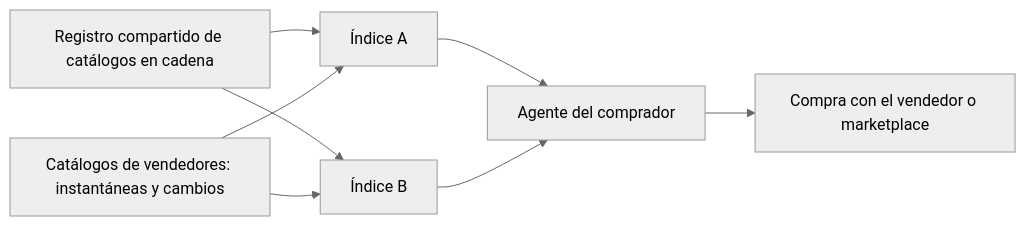
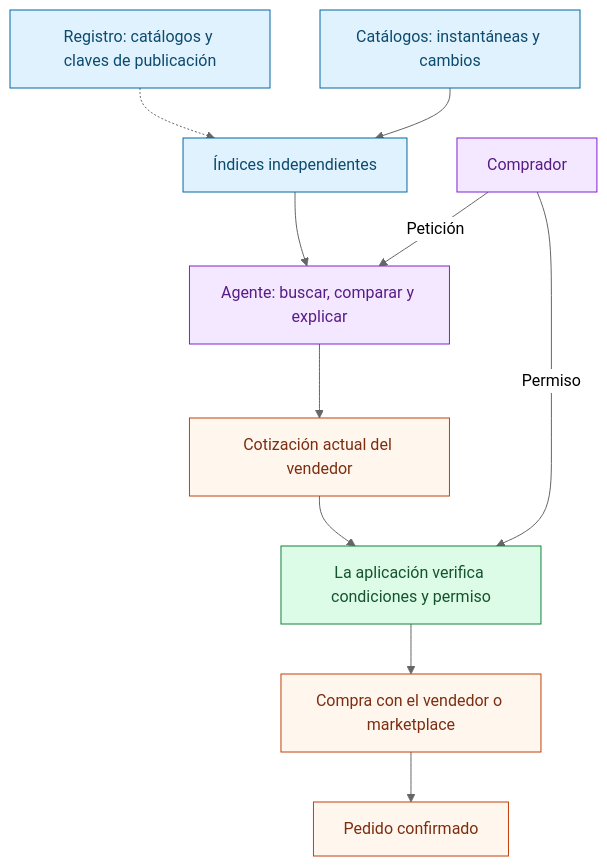
One commit to famfamfam/agent-market-protocol changed the diagram in README.es.md. Above: the diagram before and after it, drawn with Mermaid (neutral theme). The commit also changed other lines of this file and 9 other files, not shown here.

````diff
--- a/README.es.md
+++ b/README.es.md
@@ -50,10 +54,20 @@
 ```mermaid
-flowchart LR
-    R[Registro compartido de catálogos en cadena] --> I[Índice A]
-    R --> J[Índice B]
-    S[Catálogos de vendedores: instantáneas y cambios] --> I
-    S --> J
-    I --> A[Agente del comprador]
-    J --> A
-    A --> C[Compra con el vendedor o marketplace]
+flowchart TD
+    R["Registro: catálogos y claves de publicación"] -.-> I["Índices independientes"]
+    S["Catálogos: instantáneas y cambios"] --> I
+    I --> A["Agente: buscar, comparar y explicar"]
+    U["Comprador"] -->|"Petición"| A
+    A --> Q["Cotización actual del vendedor"]
+    Q --> V["La aplicación verifica condiciones y permiso"]
+    U -->|"Permiso"| V
+    V --> C["Compra con el vendedor o marketplace"]
+    C --> O["Pedido confirmado"]
+    classDef source fill:#e0f2fe,stroke:#0369a1,color:#0c4a6e
+    classDef buyer fill:#f3e8ff,stroke:#7e22ce,color:#581c87
+    classDef guard fill:#dcfce7,stroke:#15803d,color:#14532d
+    classDef merchant fill:#fff7ed,stroke:#c2410c,color:#7c2d12
+    class R,S,I source
+    class U,A buyer
+    class V guard
+    class Q,C,O merchant
 ```
````
